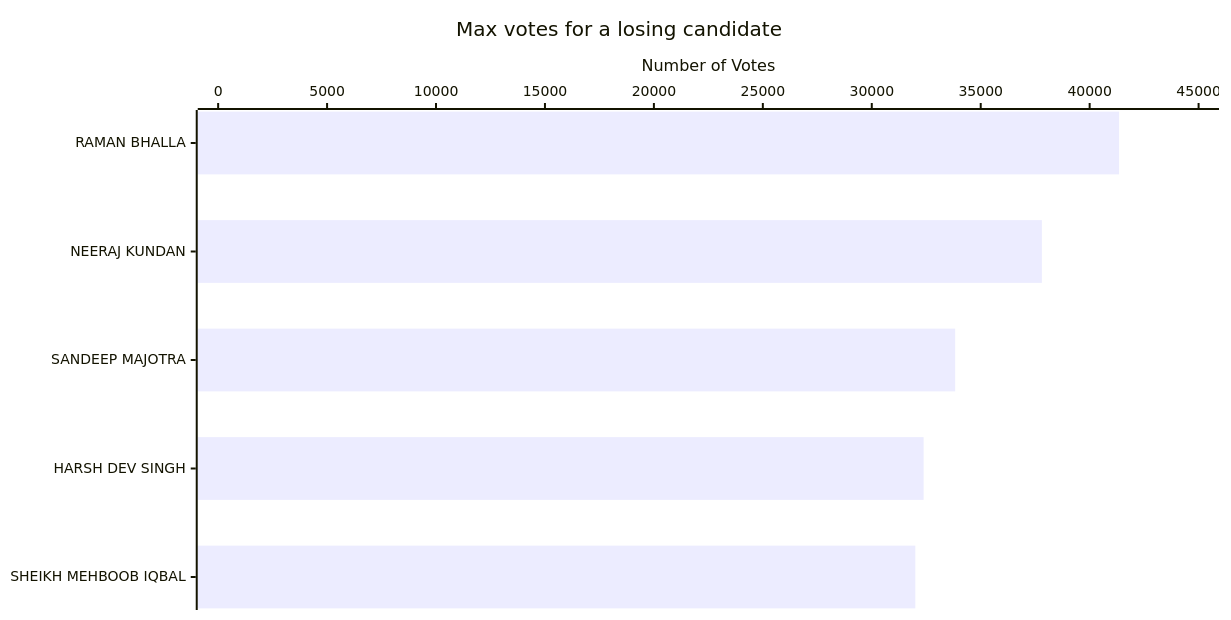
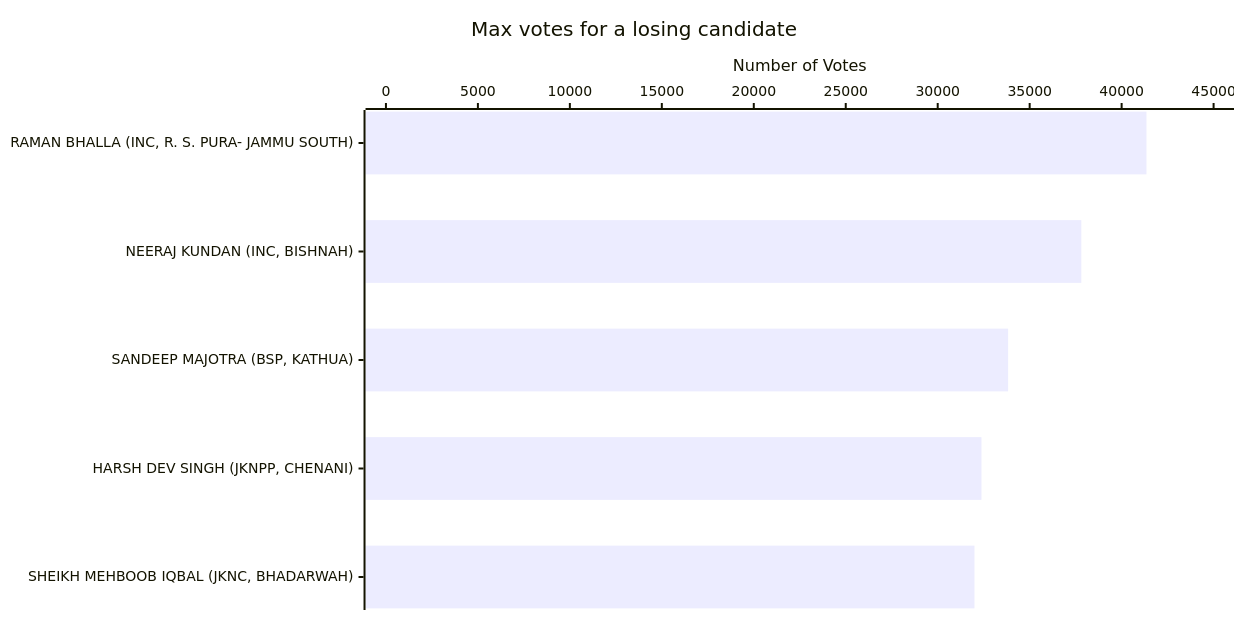
The fourth of 19 diagrams in J&K-GRAPH.md (arjunswaj/elections), drawn with Mermaid before and after one commit. The commit also changed other lines of this file, not shown here.

Commit message:
Update the graph titles

````diff
--- a/J&K-GRAPH.md
+++ b/J&K-GRAPH.md
@@ -102,14 +102,14 @@
 ```mermaid
 ---
 config:
     xyChart:
         width: 1200
         height: 600
         chartOrientation: horizontal
 ---
 xychart-beta
     title "Max votes for a losing candidate"
-    x-axis ["RAMAN BHALLA", "NEERAJ KUNDAN", "SANDEEP MAJOTRA", "HARSH DEV SINGH", "SHEIKH MEHBOOB IQBAL"]
+    x-axis ["RAMAN BHALLA (INC, R. S. PURA- JAMMU SOUTH)", "NEERAJ KUNDAN (INC, BISHNAH)", "SANDEEP MAJOTRA (BSP, KATHUA)", "HARSH DEV SINGH (JKNPP, CHENANI)", "SHEIKH MEHBOOB IQBAL (JKNC, BHADARWAH)"]
     y-axis "Number of Votes" 0 --> 45000
     bar [41351, 37808, 33827, 32379, 31998]
 ```
````
